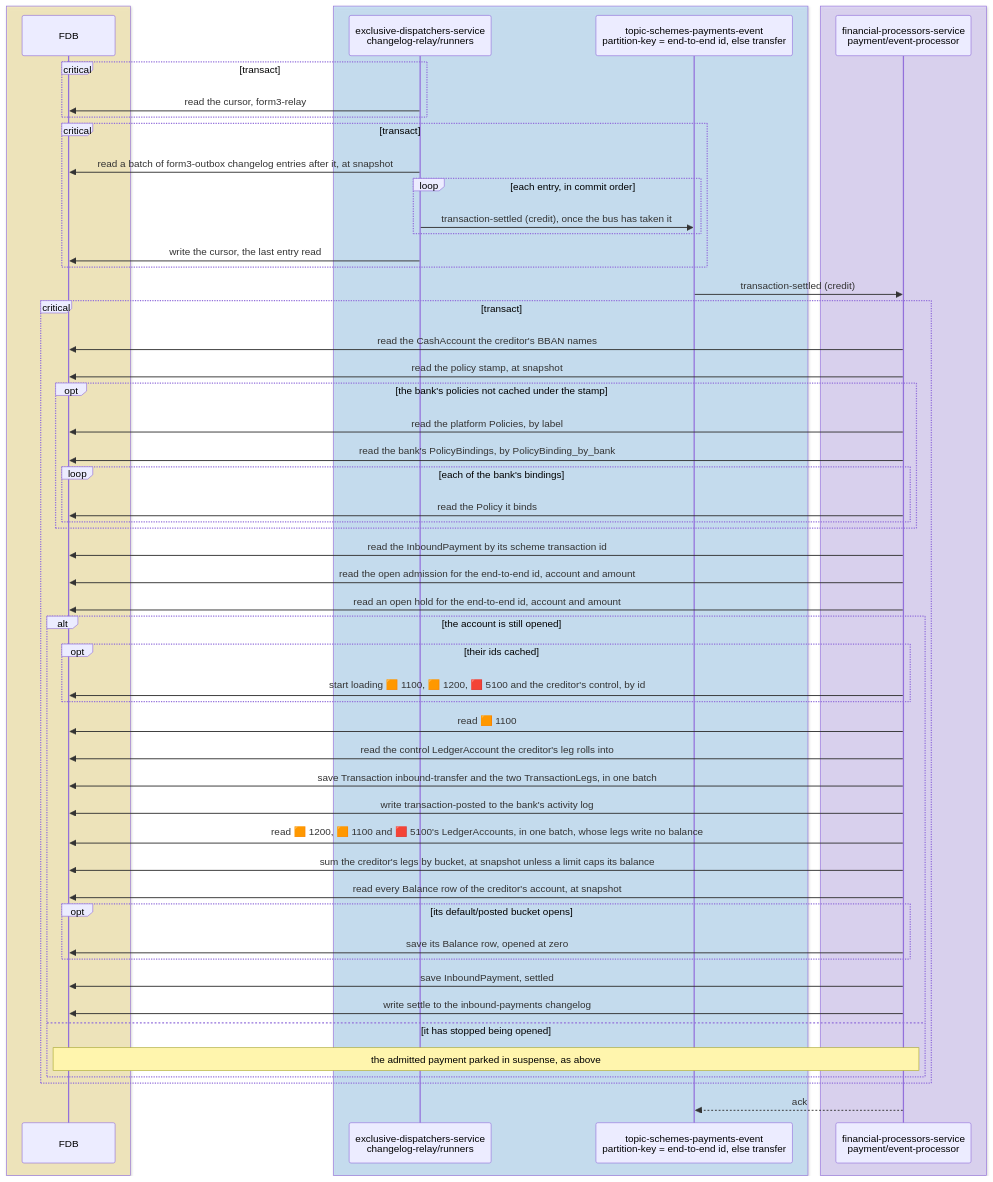
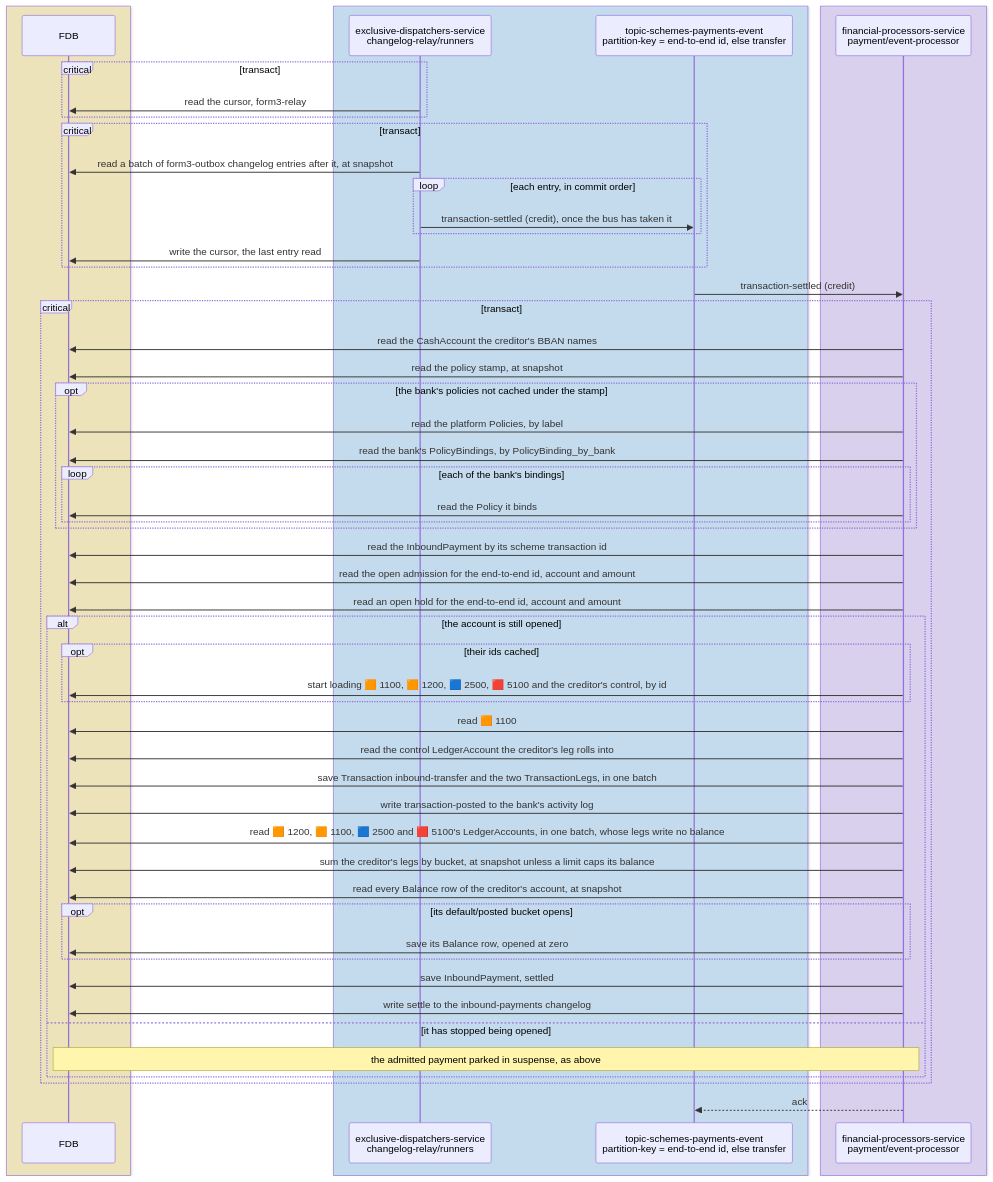
One commit to repldriven/queenswood changed diagram 12 of 16 in docs/tdd/payments-inbound.md. Above: the diagram before and after it, drawn with Mermaid. The commit also changed other lines of this file and 48 other files, not shown here.

First line of the commit message:
Sum suspense from its legs, have ledger accounts and balances accept a posting's legs, and require a leg's product type (#880)

````diff
--- a/docs/tdd/payments-inbound.md
+++ b/docs/tdd/payments-inbound.md
@@ -630,58 +630,58 @@
 ```mermaid
 sequenceDiagram
     box rgba(255, 236, 153, 0.5)
     participant DB as FDB
     end
     box rgba(165, 216, 255, 0.45)
     participant OR as exclusive-dispatchers-service<br/>changelog-relay/runners
     participant SE as topic-schemes-payments-event<br/>partition-key = end-to-end id, else transfer
     end
     box rgba(208, 191, 255, 0.45)
     participant PE as financial-processors-service<br/>payment/event-processor
     end
     critical transact
     OR->>DB: read the cursor, form3-relay
     end
     critical transact
     OR->>DB: read a batch of form3-outbox changelog entries after it, at snapshot
     loop each entry, in commit order
     OR->>SE: transaction-settled (credit), once the bus has taken it
     end
     OR->>DB: write the cursor, the last entry read
     end
     SE->>PE: transaction-settled (credit)
     critical transact
     PE->>DB: read the CashAccount the creditor's BBAN names
     PE->>DB: read the policy stamp, at snapshot
     opt the bank's policies not cached under the stamp
     PE->>DB: read the platform Policies, by label
     PE->>DB: read the bank's PolicyBindings, by PolicyBinding_by_bank
     loop each of the bank's bindings
     PE->>DB: read the Policy it binds
     end
     end
     PE->>DB: read the InboundPayment by its scheme transaction id
     PE->>DB: read the open admission for the end-to-end id, account and amount
     PE->>DB: read an open hold for the end-to-end id, account and amount
     alt the account is still opened
     opt their ids cached
-    PE->>DB: start loading 🟧 1100, 🟧 1200, 🟥 5100 and the creditor's control, by id
+    PE->>DB: start loading 🟧 1100, 🟧 1200, 🟦 2500, 🟥 5100 and the creditor's control, by id
     end
     PE->>DB: read 🟧 1100
     PE->>DB: read the control LedgerAccount the creditor's leg rolls into
     PE->>DB: save Transaction inbound-transfer and the two TransactionLegs, in one batch
     PE->>DB: write transaction-posted to the bank's activity log
-    PE->>DB: read 🟧 1200, 🟧 1100 and 🟥 5100's LedgerAccounts, in one batch, whose legs write no balance
+    PE->>DB: read 🟧 1200, 🟧 1100, 🟦 2500 and 🟥 5100's LedgerAccounts, in one batch, whose legs write no balance
     PE->>DB: sum the creditor's legs by bucket, at snapshot unless a limit caps its balance
     PE->>DB: read every Balance row of the creditor's account, at snapshot
     opt its default/posted bucket opens
     PE->>DB: save its Balance row, opened at zero
     end
     PE->>DB: save InboundPayment, settled
     PE->>DB: write settle to the inbound-payments changelog
     else it has stopped being opened
     Note over PE,DB: the admitted payment parked in suspense, as above
     end
     end
     PE-->>SE: ack
 ```
````
